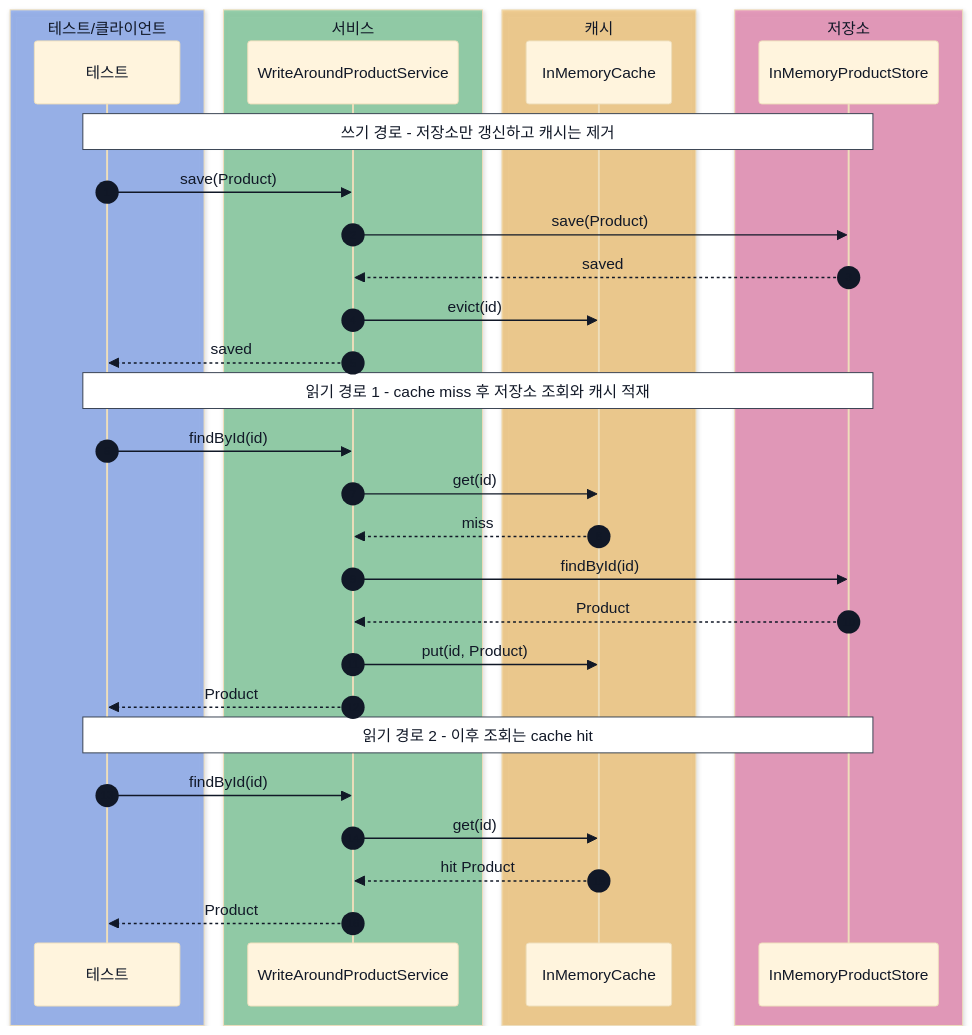
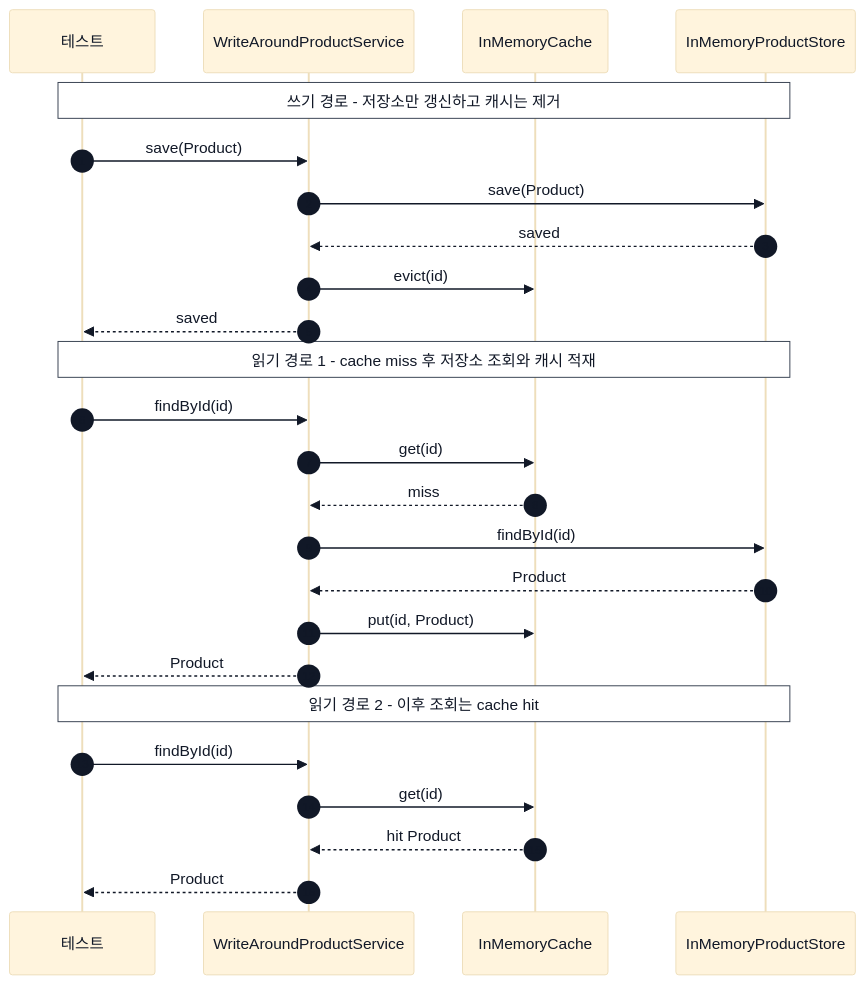
The fifth of 10 diagrams in labs/cache-patterns/README.md (HJC96/deep-dive), drawn with Mermaid before and after one commit. The commit also changed other lines of this file and 15 other files, not shown here.

````diff
--- a/labs/cache-patterns/README.md
+++ b/labs/cache-patterns/README.md
@@ -395,39 +369,31 @@
 ```mermaid
 %%{init: {"theme": "base", "themeVariables": {"primaryTextColor": "#111827", "secondaryTextColor": "#111827", "tertiaryTextColor": "#111827", "actorTextColor": "#111827", "signalTextColor": "#111827", "labelTextColor": "#111827", "noteTextColor": "#111827", "noteBkgColor": "#ffffff", "noteBorderColor": "#374151", "sequenceNumberColor": "#111827"}}}%%
 sequenceDiagram
     autonumber
-    box rgba(37, 99, 235, 0.40) 테스트/클라이언트
     participant Test as 테스트
-    end
-    box rgba(22, 163, 74, 0.40) 서비스
     participant Service as WriteAroundProductService
-    end
-    box rgba(245, 158, 11, 0.40) 캐시
     participant Cache as InMemoryCache
-    end
-    box rgba(219, 39, 119, 0.40) 저장소
     participant Store as InMemoryProductStore
-    end
 
     Note over Test,Store: 쓰기 경로 - 저장소만 갱신하고 캐시는 제거
     Test->>Service: save(Product)
     Service->>Store: save(Product)
     Store-->>Service: saved
     Service->>Cache: evict(id)
     Service-->>Test: saved
 
     Note over Test,Store: 읽기 경로 1 - cache miss 후 저장소 조회와 캐시 적재
     Test->>Service: findById(id)
     Service->>Cache: get(id)
     Cache-->>Service: miss
     Service->>Store: findById(id)
     Store-->>Service: Product
     Service->>Cache: put(id, Product)
     Service-->>Test: Product
 
     Note over Test,Store: 읽기 경로 2 - 이후 조회는 cache hit
     Test->>Service: findById(id)
     Service->>Cache: get(id)
     Cache-->>Service: hit Product
     Service-->>Test: Product
 ```
````
